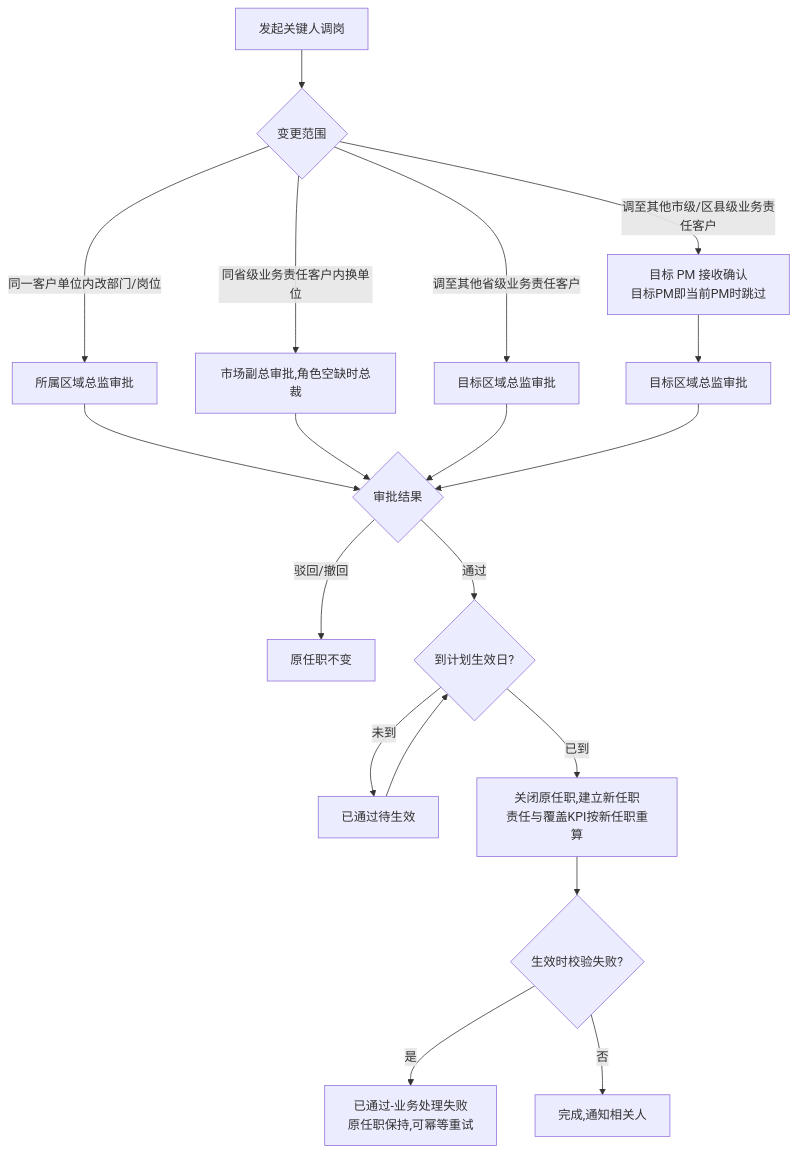
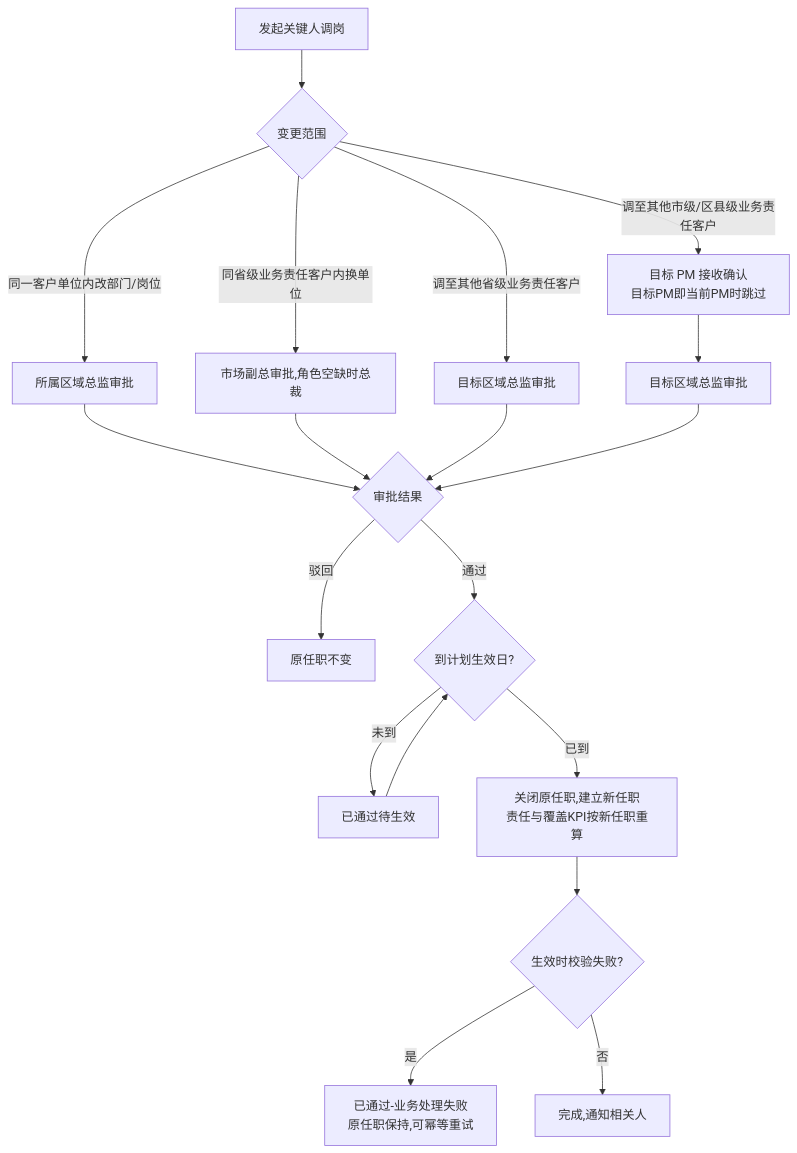
One commit to Joker-1030/Yingjia-Internal-Management-System changed the diagram in prd-workspace/current/user-flows/FLOW-02-M02-key-contact-transfer.md. Above: the diagram before and after it, drawn with Mermaid. The commit also changed other lines of this file and 89 other files, not shown here.

````diff
--- a/prd-workspace/current/user-flows/FLOW-02-M02-key-contact-transfer.md
+++ b/prd-workspace/current/user-flows/FLOW-02-M02-key-contact-transfer.md
@@ -8,21 +8,21 @@
 ```mermaid
 flowchart TD
     A[发起关键人调岗] --> B{变更范围}
     B -- 同一客户单位内改部门/岗位 --> C[所属区域总监审批]
     B -- 同省级业务责任客户内换单位 --> D[市场副总审批,角色空缺时总裁]
     B -- 调至其他市级/区县级业务责任客户 --> E[目标 PM 接收确认<br/>目标PM即当前PM时跳过]
     B -- 调至其他省级业务责任客户 --> F[目标区域总监审批]
     E --> G[目标区域总监审批]
     C --> H{审批结果}
     D --> H
     F --> H
     G --> H
-    H -- 驳回/撤回 --> I[原任职不变]
+    H -- 驳回 --> I[原任职不变]
     H -- 通过 --> J{到计划生效日?}
     J -- 未到 --> K[已通过待生效]
     K --> J
     J -- 已到 --> L[关闭原任职,建立新任职<br/>责任与覆盖KPI按新任职重算]
     L --> M{生效时校验失败?}
     M -- 是 --> N[已通过-业务处理失败<br/>原任职保持,可幂等重试]
     M -- 否 --> O[完成,通知相关人]
 ```
````
